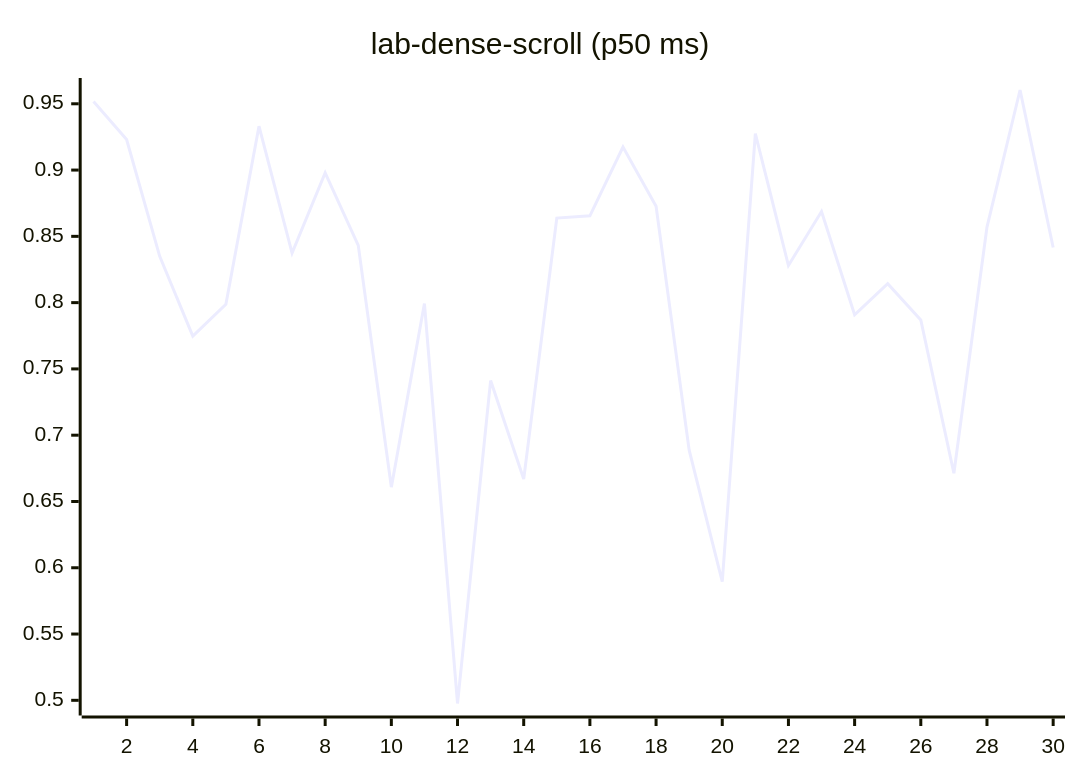
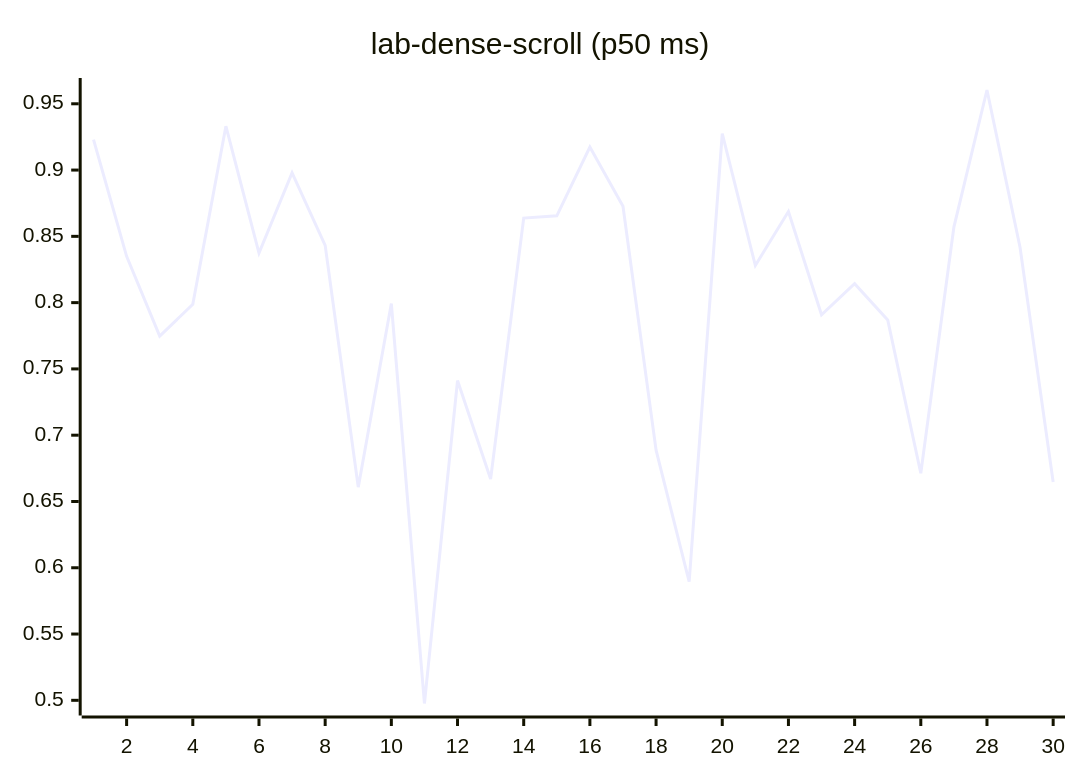
Diagram 12 of 27 in README.md (josha/Facet), drawn with Mermaid before and after one commit. The commit also changed other lines of this file and 2 other files, not shown here.

````diff
--- a/README.md
+++ b/README.md
@@ -140,6 +140,6 @@
 ```mermaid
 xychart-beta
     title "lab-dense-scroll (p50 ms)"
     x-axis 1 --> 30
-    line [0.9518, 0.9230, 0.8349, 0.7748, 0.7987, 0.9331, 0.8374, 0.8979, 0.8432, 0.6608, 0.7993, 0.4976, 0.7412, 0.6669, 0.8638, 0.8655, 0.9174, 0.8727, 0.6887, 0.5895, 0.9275, 0.8280, 0.8687, 0.7908, 0.8143, 0.7869, 0.6713, 0.8570, 0.9604, 0.8416]
+    line [0.9230, 0.8349, 0.7748, 0.7987, 0.9331, 0.8374, 0.8979, 0.8432, 0.6608, 0.7993, 0.4976, 0.7412, 0.6669, 0.8638, 0.8655, 0.9174, 0.8727, 0.6887, 0.5895, 0.9275, 0.8280, 0.8687, 0.7908, 0.8143, 0.7869, 0.6713, 0.8570, 0.9604, 0.8416, 0.6647]
 ```
````
